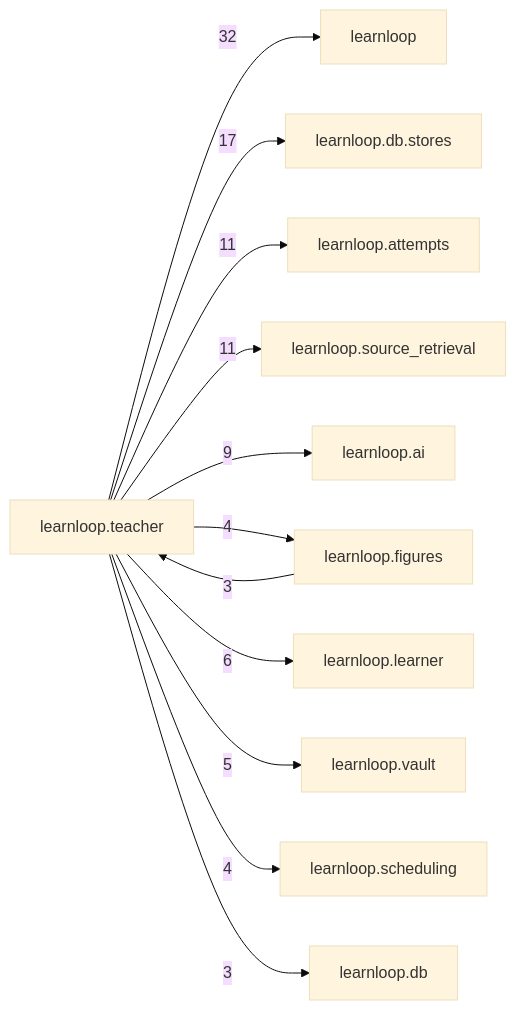
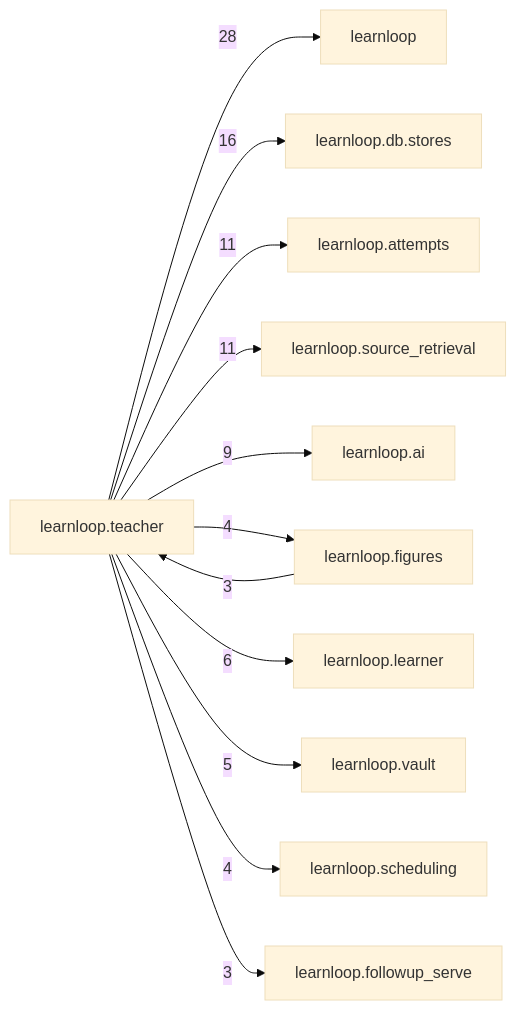
One commit to 6up-b/learnanything changed the diagram in docs/learnloop-architecture-vault/Reference/Modules/learnloop/teacher/_package.md. Above: the diagram before and after it, drawn with Mermaid (base theme). The commit also changed other lines of this file and 69 other files, not shown here.

````diff
--- a/docs/learnloop-architecture-vault/Reference/Modules/learnloop/teacher/_package.md
+++ b/docs/learnloop-architecture-vault/Reference/Modules/learnloop/teacher/_package.md
@@ -125,25 +122,25 @@
 ```mermaid
 flowchart LR
     center["learnloop.teacher"]
     n_learnloop["learnloop"]
     n_learnloop_db_stores["learnloop.db.stores"]
     n_learnloop_attempts["learnloop.attempts"]
     n_learnloop_source_retrieval["learnloop.source_retrieval"]
     n_learnloop_ai["learnloop.ai"]
     n_learnloop_figures["learnloop.figures"]
     n_learnloop_learner["learnloop.learner"]
     n_learnloop_vault["learnloop.vault"]
     n_learnloop_scheduling["learnloop.scheduling"]
-    n_learnloop_db["learnloop.db"]
-    center -->|32| n_learnloop
-    center -->|17| n_learnloop_db_stores
+    n_learnloop_followup_serve["learnloop.followup_serve"]
+    center -->|28| n_learnloop
+    center -->|16| n_learnloop_db_stores
     center -->|11| n_learnloop_attempts
     center -->|11| n_learnloop_source_retrieval
     center -->|9| n_learnloop_ai
     n_learnloop_figures -->|3| center
     center -->|4| n_learnloop_figures
     center -->|6| n_learnloop_learner
     center -->|5| n_learnloop_vault
     center -->|4| n_learnloop_scheduling
-    center -->|3| n_learnloop_db
+    center -->|3| n_learnloop_followup_serve
 ```
````
